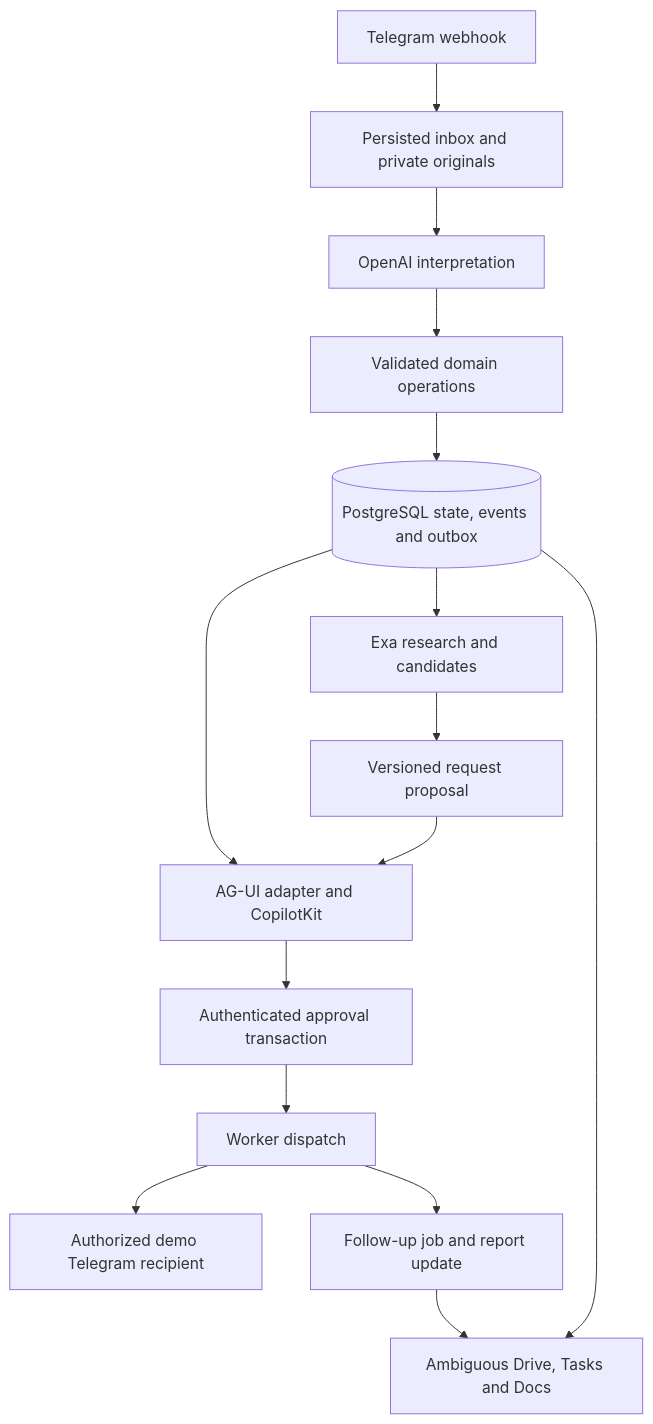
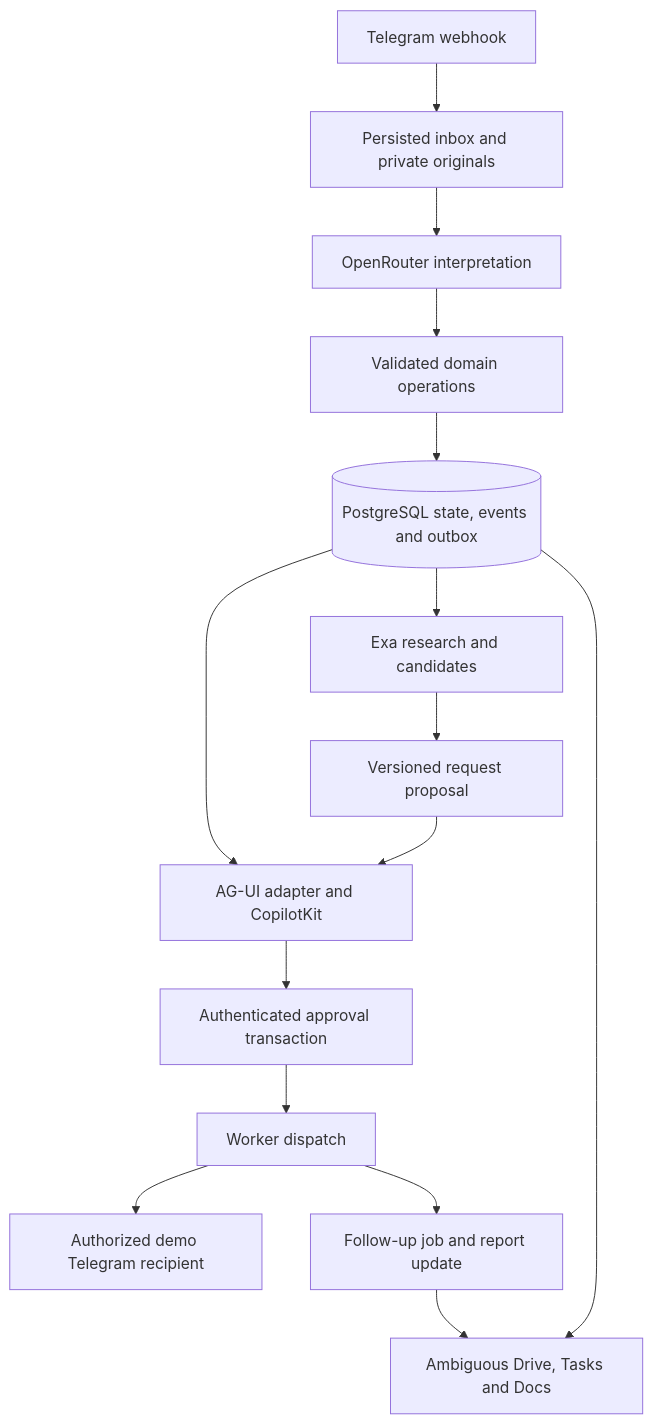
The diagram in orchestration/architecture/system-overview.md (invrnt/ground), drawn with Mermaid before and after one commit. The commit also changed other lines of this file and 31 other files, not shown here.

Commit message:
Migrate multimodal interpretation transport to OpenRouter

````diff
--- a/orchestration/architecture/system-overview.md
+++ b/orchestration/architecture/system-overview.md
@@ -5,17 +5,17 @@
 ```mermaid
 flowchart TD
   T[Telegram webhook] --> I[Persisted inbox and private originals]
-  I --> O[OpenAI interpretation]
+  I --> O[OpenRouter interpretation]
   O --> D[Validated domain operations]
   D --> P[(PostgreSQL state, events and outbox)]
   P --> L[AG-UI adapter and CopilotKit]
   P --> X[Exa research and candidates]
   P --> A[Ambiguous Drive, Tasks and Docs]
   X --> Q[Versioned request proposal]
   Q --> L
   L --> H[Authenticated approval transaction]
   H --> W[Worker dispatch]
   W --> R[Authorized demo Telegram recipient]
   W --> F[Follow-up job and report update]
   F --> A
 ```
````
